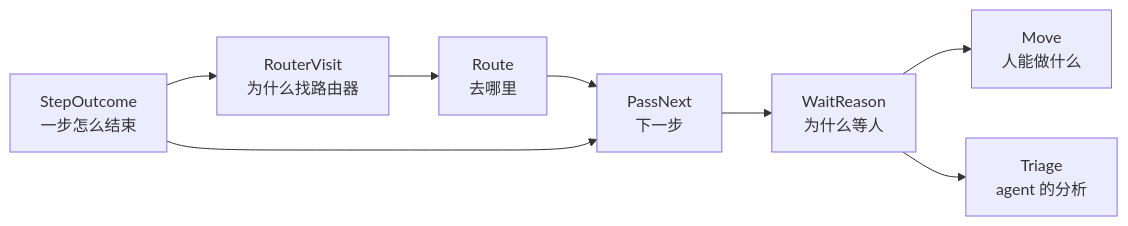
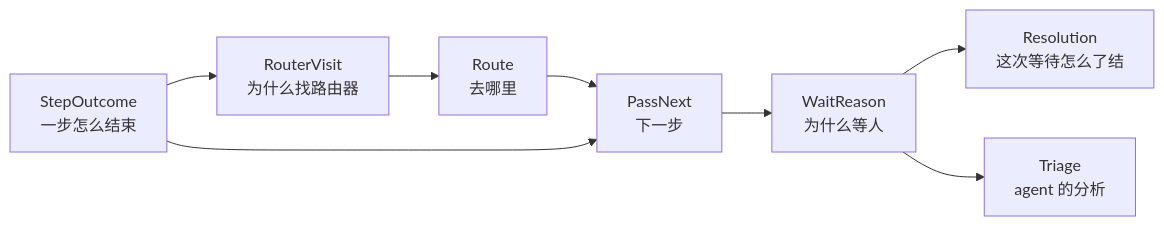
Before and after one commit to steven-zhc/lingtai: the diagram in doc/design/types.zh.md, drawn with Mermaid. The commit also changed other lines of this file, not shown here.

First line of the commit message:
docs(design): types.zh.md calls what a person does about a wait a Resolution, with EditBodyAndRequeue and AnswerQuestion

````diff
--- a/doc/design/types.zh.md
+++ b/doc/design/types.zh.md
@@ -16,10 +16,10 @@
 ```mermaid
 flowchart LR
   A["StepOutcome<br/>一步怎么结束"] --> B["RouterVisit<br/>为什么找路由器"]
   B --> C["Route<br/>去哪里"]
   C --> D["PassNext<br/>下一步"]
   A --> D
   D --> E["WaitReason<br/>为什么等人"]
-  E --> F["Move<br/>人能做什么"]
+  E --> F["Resolution<br/>这次等待怎么了结"]
   E --> G["Triage<br/>agent 的分析"]
 ```
````
